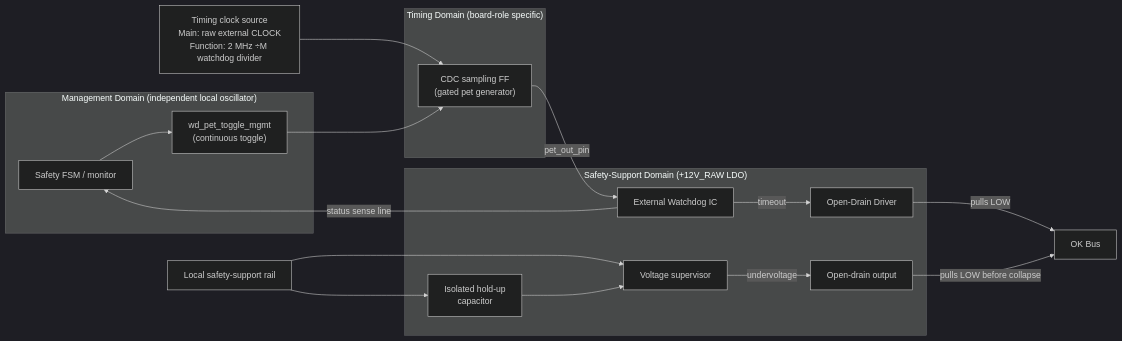
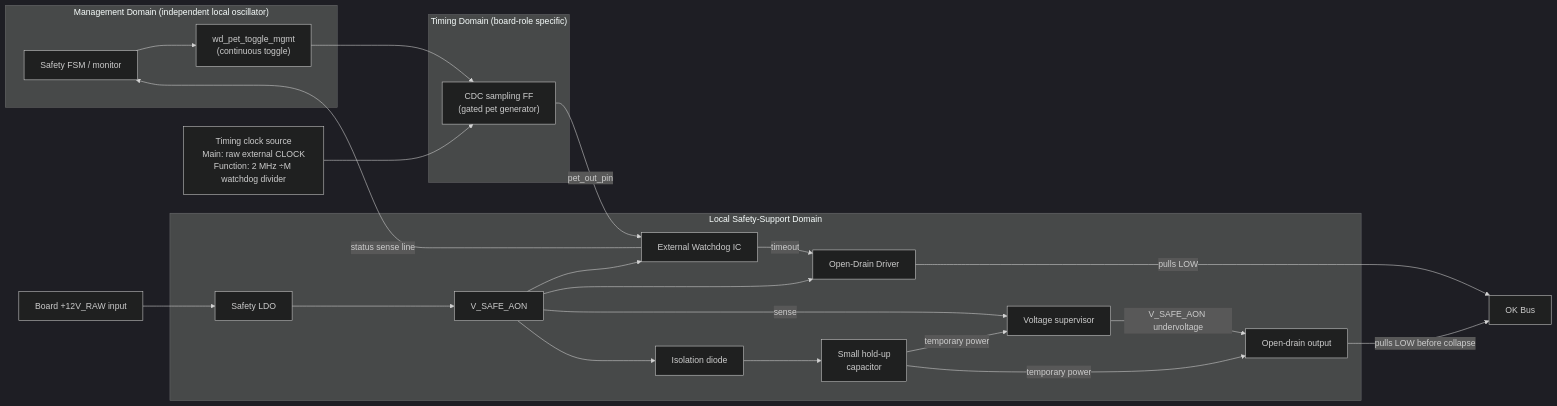
The first of 2 diagrams in decisions/reference/ADR-001_fault_detection_reference.md (bcancinov/mdc-architecture), drawn with Mermaid (dark theme) before and after one commit. The commit also changed other lines of this file and 8 other files, not shown here.

````diff
--- a/decisions/reference/ADR-001_fault_detection_reference.md
+++ b/decisions/reference/ADR-001_fault_detection_reference.md
@@ -14,32 +14,39 @@
 ```mermaid
 graph LR
     subgraph mgmt_domain ["Management Domain (independent local oscillator)"]
         FSM["Safety FSM / monitor"]
         TOG["wd_pet_toggle_mgmt\n(continuous toggle)"]
         FSM --> TOG
     end
 
     subgraph timing_domain ["Timing Domain (board-role specific)"]
         SAMP["CDC sampling FF\n(gated pet generator)"]
     end
 
-    subgraph wd_domain ["Safety-Support Domain (+12V_RAW LDO)"]
+    subgraph wd_domain ["Local Safety-Support Domain"]
+        LDO["Safety LDO"]
+        VSAFE["V_SAFE_AON"]
         WD["External Watchdog IC"]
         OD["Open-Drain Driver"]
-        HOLD["Isolated hold-up\ncapacitor"]
+        DIODE["Isolation diode"]
+        HOLD["Small hold-up\ncapacitor"]
         SUP["Voltage supervisor"]
         SUPOD["Open-drain output"]
     end
 
     TIMING_CLK["Timing clock source\nMain: raw external CLOCK\nFunction: 2 MHz ÷M watchdog divider"] --> SAMP
     TOG --> SAMP
     SAMP -- "pet_out_pin" --> WD
     WD -- "timeout" --> OD
     WD -- "status sense line" --> FSM
     OD -- "pulls LOW" --> OK["OK Bus"]
-    SAFE["Local safety-support rail"] --> SUP
-    SAFE --> HOLD
-    HOLD --> SUP
-    SUP -- "undervoltage" --> SUPOD
+    RAW["Board +12V_RAW input"] --> LDO --> VSAFE
+    VSAFE --> WD
+    VSAFE --> OD
+    VSAFE -- "sense" --> SUP
+    VSAFE --> DIODE --> HOLD
+    HOLD -- "temporary power" --> SUP
+    HOLD -- "temporary power" --> SUPOD
+    SUP -- "V_SAFE_AON undervoltage" --> SUPOD
     SUPOD -- "pulls LOW before collapse" --> OK
 ```
````
